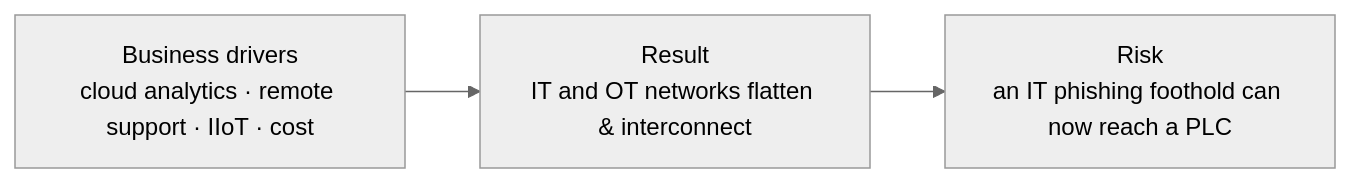
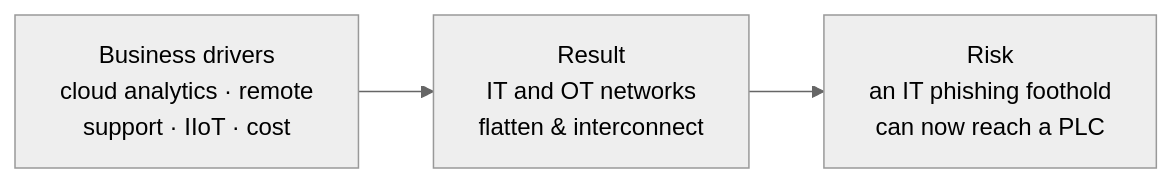
The third of 3 diagrams in certs/ceh/ot-security/01-foundations.md (morandeirachema/CyberCerts), drawn with Mermaid (neutral theme) before and after one commit. The commit also changed other lines of this file and 106 other files, not shown here.

````diff
--- a/certs/ceh/ot-security/01-foundations.md
+++ b/certs/ceh/ot-security/01-foundations.md
@@ -73,6 +73,6 @@
 ```mermaid
 flowchart LR
-    C["Business drivers<br/>cloud analytics · remote support · IIoT · cost"]
-    C --> R["Result<br/>IT and OT networks flatten & interconnect"]
-    R --> X["Risk<br/>an IT phishing foothold can now reach a PLC"]
+    C["Business drivers<br/>cloud analytics · remote<br/>support · IIoT · cost"]
+    C --> R["Result<br/>IT and OT networks<br/>flatten & interconnect"]
+    R --> X["Risk<br/>an IT phishing foothold<br/>can now reach a PLC"]
 ```
````
